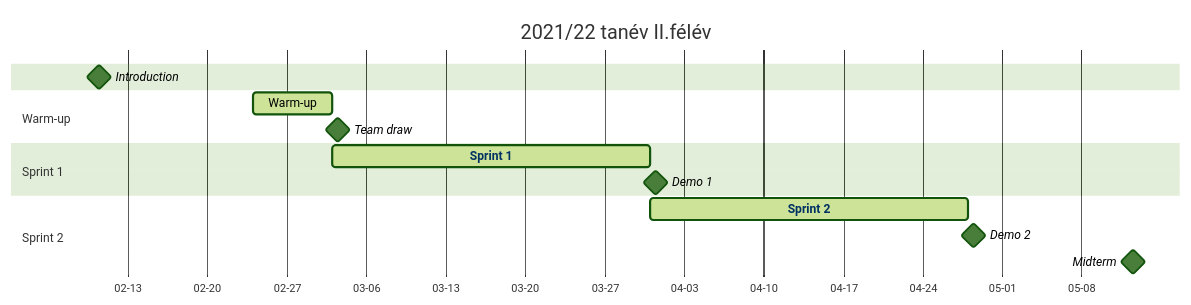
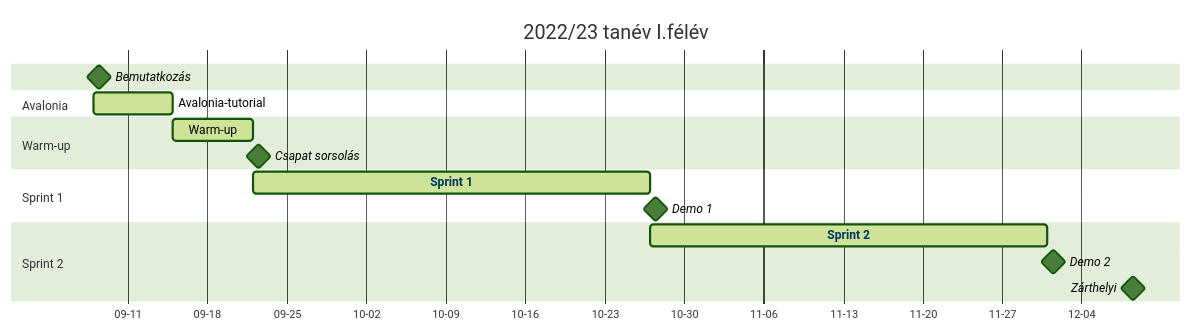
The diagram in src/schedule.md (zsalab-oe/handout-2024-tavasz), drawn with Mermaid (forest theme) before and after one commit. The commit also changed other lines of this file, not shown here.

Commit message:
Gantt diagram updated

```diff
--- a/src/schedule.md
+++ b/src/schedule.md
@@ -34,19 +34,21 @@
 <div class="mermaid">
     gantt
     dateFormat  YYYY-MM-DD
     axisFormat  %m-%d
-    title 2021/22 tanév II.félév
-    Introduction :milestone, 2022-02-10, 1d
+    title 2022/23 tanév I.félév
+    Bemutatkozás :milestone, 2022-09-08, 1d
+    section Avalonia
+        Avalonia-tutorial: active, avalonia-tutorial, 2022-09-08, 1w
     section Warm-up
-        Warm-up :active, warmup, 2022-02-24, 1w
-    Team draw :milestone, after warmup, 1d
+        Warm-up :active, warmup, 2022-09-15, 1w
+    Csapat sorsolás :milestone, after warmup, 1d
     section Sprint 1
-        Sprint 1 :active, sprint1, after warmup, 4w
+        Sprint 1 :active, sprint1, after warmup, 5w
     Demo 1 :milestone, after sprint1, 1d
     section Sprint 2
-        Sprint 2 :active, sprint2, after sprint1, 4w
+        Sprint 2 :active, sprint2, after sprint1, 5w
     Demo 2 :milestone, after sprint2, 1d
-    Midterm :milestone, 2022-05-12, 1d
+    Zárthelyi :milestone, 2022-12-08, 1d
     click sprint1 href "./sprint_1.html"
     click sprint2 href "./sprint_2.html"
 </div>
```
